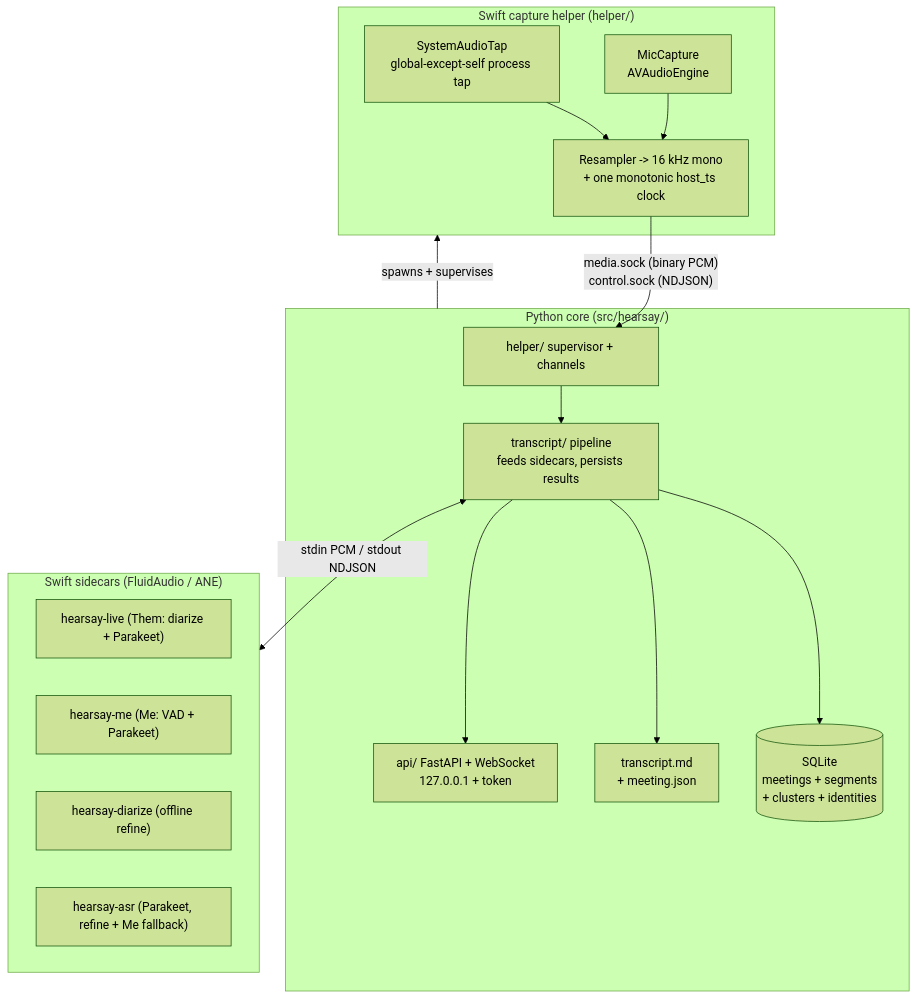
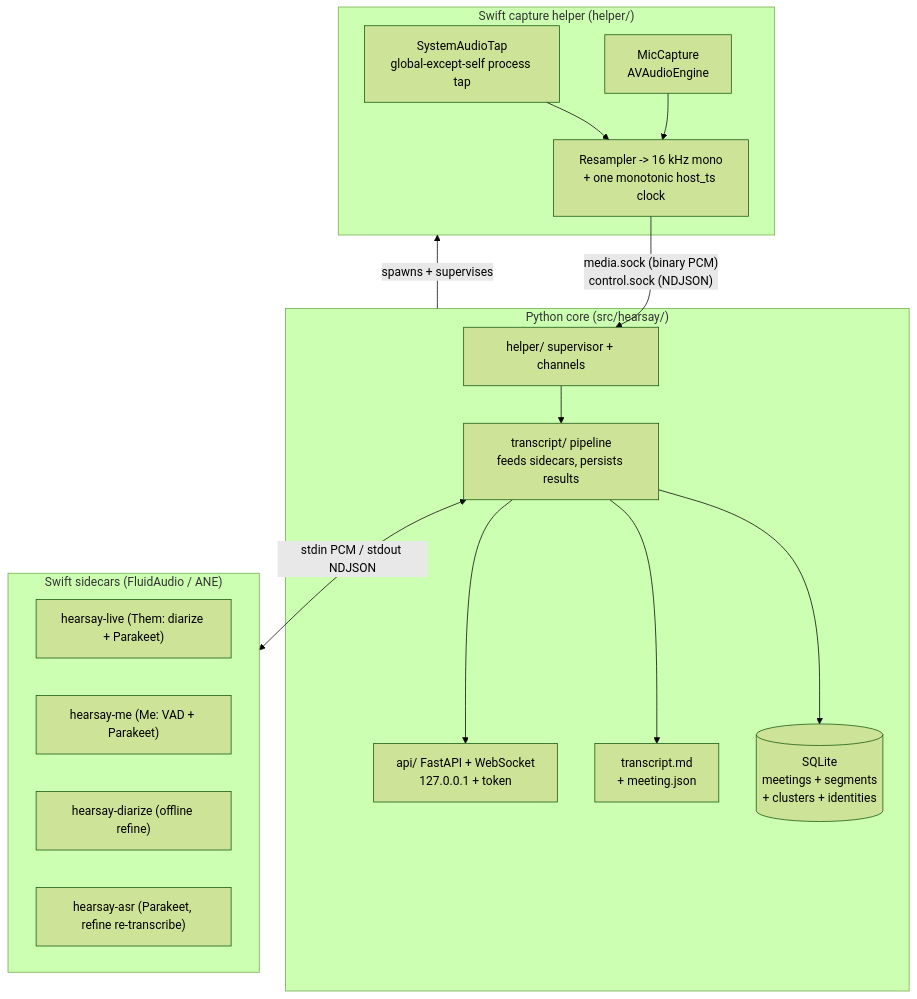
One commit to rwiseman87/hearsay changed the diagram in docs/architecture.md. Above: the diagram before and after it, drawn with Mermaid (forest theme). The commit also changed other lines of this file and 15 other files, not shown here.

````diff
--- a/docs/architecture.md
+++ b/docs/architecture.md
@@ -24,29 +24,29 @@
 ```mermaid
 flowchart TB
   subgraph Helper["Swift capture helper (helper/)"]
     Tap["SystemAudioTap\nglobal-except-self process tap"]
     Mic["MicCapture\nAVAudioEngine"]
     Rs["Resampler -> 16 kHz mono\n+ one monotonic host_ts clock"]
     Tap --> Rs
     Mic --> Rs
   end
   subgraph Side["Swift sidecars (FluidAudio / ANE)"]
     SL["hearsay-live (Them: diarize + Parakeet)"]
     SMe["hearsay-me (Me: VAD + Parakeet)"]
     SD["hearsay-diarize (offline refine)"]
-    SA["hearsay-asr (Parakeet, refine + Me fallback)"]
+    SA["hearsay-asr (Parakeet, refine re-transcribe)"]
   end
   subgraph Core["Python core (src/hearsay/)"]
     Sup["helper/ supervisor + channels"]
     Pipe["transcript/ pipeline\nfeeds sidecars, persists results"]
     DB[("SQLite\nmeetings + segments\n+ clusters + identities")]
     MD["transcript.md\n+ meeting.json"]
     API["api/ FastAPI + WebSocket\n127.0.0.1 + token"]
     Sup --> Pipe --> DB
     Pipe --> MD
     Pipe --> API
   end
   Rs -- "media.sock (binary PCM)\ncontrol.sock (NDJSON)" --> Sup
   Pipe <-- "stdin PCM / stdout NDJSON" --> Side
   Core -- "spawns + supervises" --> Helper
 ```
````
